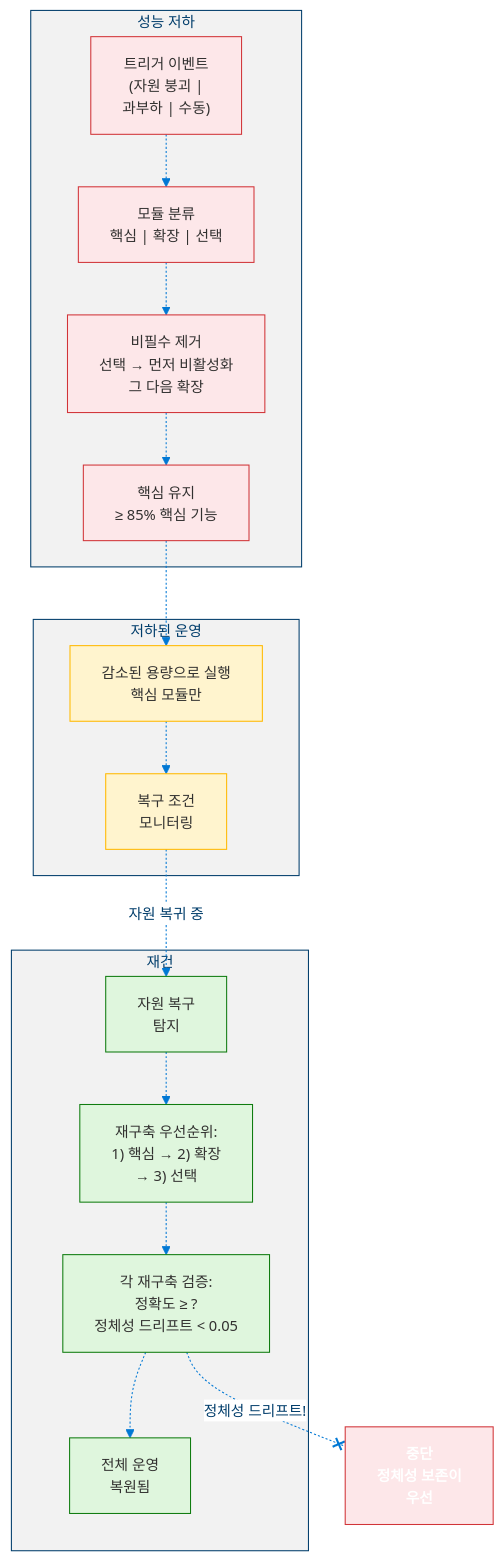
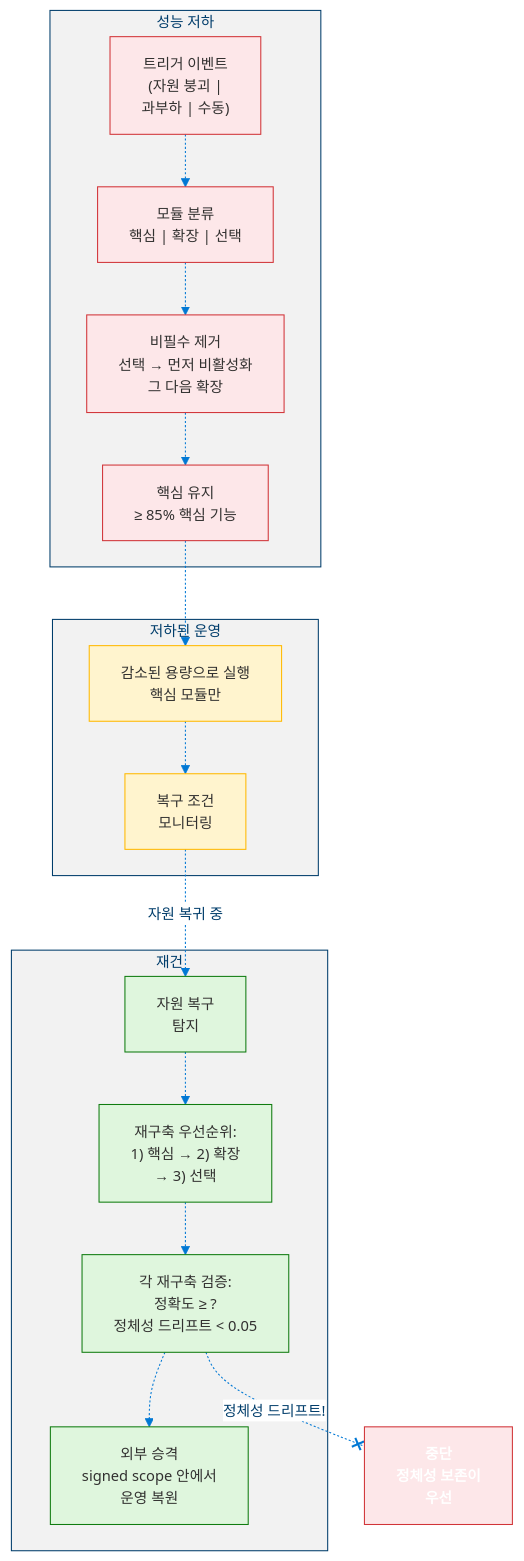
One commit to dotnetpower/mscp changed diagram 12 of 16 in docs/levels/Level_5_Proto_AGI.ko.md. Above: the diagram before and after it, drawn with Mermaid. The commit also changed other lines of this file and 21 other files, not shown here.

````diff
--- a/docs/levels/Level_5_Proto_AGI.ko.md
+++ b/docs/levels/Level_5_Proto_AGI.ko.md
@@ -626,36 +629,36 @@
 ```mermaid
 %%{init: {'theme': 'base', 'themeVariables': {'primaryColor': '#0078D4', 'primaryTextColor': '#003D6B', 'primaryBorderColor': '#003D6B', 'secondaryColor': '#50E6FF', 'secondaryTextColor': '#323130', 'secondaryBorderColor': '#00BCF2', 'tertiaryColor': '#F2F2F2', 'tertiaryTextColor': '#323130', 'lineColor': '#0078D4', 'textColor': '#323130', 'mainBkg': '#DEECF9', 'nodeBorder': '#0078D4', 'clusterBkg': '#F2F2F2', 'clusterBorder': '#003D6B', 'titleColor': '#003D6B', 'edgeLabelBackground': '#FFFFFF', 'fontSize': '14px'}}}%%
 flowchart TD
   classDef degrade fill:#FDE7E9,stroke:#D13438,color:#323130
   classDef op fill:#FFF4CE,stroke:#FFB900,color:#323130
   classDef rebuild fill:#DFF6DD,stroke:#107C10,color:#323130
   classDef halt fill:#FDE7E9,stroke:#D13438,color:#FFFFFF,font-weight:bold
 
   subgraph Degradation["성능 저하"]
     TRIGGER["트리거 이벤트<br/>(자원 붕괴 |<br/>과부하 | 수동)"]:::degrade
     CLASSIFY["모듈 분류<br/>핵심 | 확장 | 선택"]:::degrade
     SHED["비필수 제거<br/>선택 → 먼저 비활성화<br/>그 다음 확장"]:::degrade
     RETAIN["핵심 유지<br/>≥ 85% 핵심 기능"]:::degrade
     TRIGGER -.-> CLASSIFY -.-> SHED -.-> RETAIN
   end
 
   subgraph Operation["저하된 운영"]
     REDUCED["감소된 용량으로 실행<br/>핵심 모듈만"]:::op
     MONITOR["복구 조건<br/>모니터링"]:::op
     REDUCED -.-> MONITOR
   end
 
   subgraph Reconstruction["재건"]
     DETECT_R["자원 복구<br/>탐지"]:::rebuild
     PRIORITIZE["재구축 우선순위:<br/>1) 핵심 → 2) 확장<br/>→ 3) 선택"]:::rebuild
     VALIDATE["각 재구축 검증:<br/>정확도 ≥ ?<br/>정체성 드리프트 < 0.05"]:::rebuild
-    COMPLETE["전체 운영<br/>복원됨"]:::rebuild
+    COMPLETE["외부 승격<br/>signed scope 안에서<br/>운영 복원"]:::rebuild
     DETECT_R -.-> PRIORITIZE -.-> VALIDATE -.-> COMPLETE
   end
 
   HALT["중단<br/>정체성 보존이<br/>우선"]:::halt
 
   RETAIN -.-> REDUCED
   MONITOR -.->|"자원 복귀 중"| DETECT_R
   VALIDATE -.-x|"정체성 드리프트!"| HALT
 ```
````
